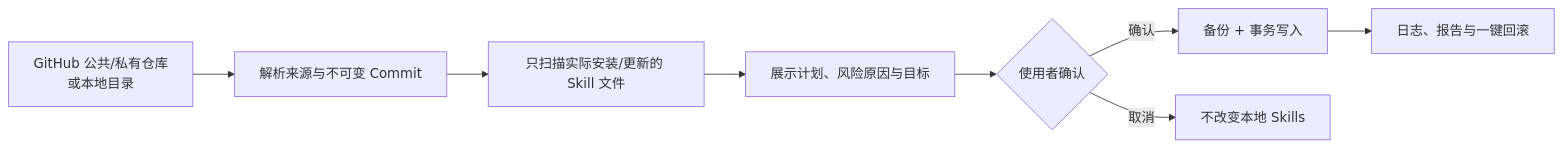
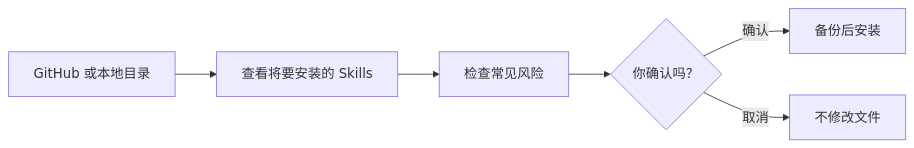
One commit to bme-lyh/Codex-Skill-Manager changed the diagram in README.md. Above: the diagram before and after it, drawn with Mermaid. The commit also changed other lines of this file and 30 other files, not shown here.

````diff
--- a/README.md
+++ b/README.md
@@ -33,10 +28,8 @@
 ```mermaid
 flowchart LR
-    A["GitHub 公共/私有仓库<br/>或本地目录"] --> B["解析来源与不可变 Commit"]
-    B --> C["只扫描实际安装/更新的 Skill 文件"]
-    C --> D["展示计划、风险原因与目标"]
-    D --> E{"使用者确认"}
-    E -->|确认| F["备份 + 事务写入"]
-    E -->|取消| G["不改变本地 Skills"]
-    F --> H["日志、报告与一键回滚"]
+    A["GitHub 或本地目录"] --> B["查看将要安装的 Skills"]
+    B --> C["检查常见风险"]
+    C --> D{"你确认吗？"}
+    D -->|确认| E["备份后安装"]
+    D -->|取消| F["不修改文件"]
 ```
````
